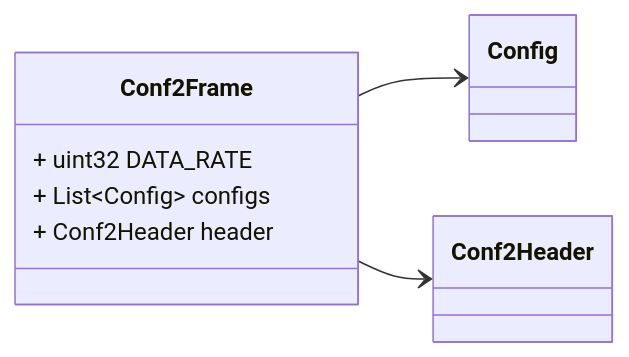
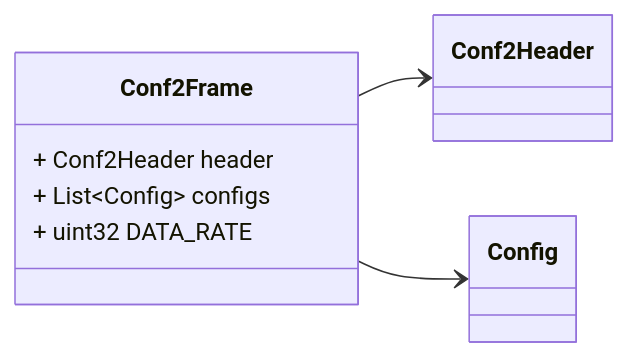
Before and after one commit to zaphiro-technologies/protobuf: the first of 3 diagrams in docs/conf2.proto.md, drawn with Mermaid. The commit also changed other lines of this file and 12 other files, not shown here.

First line of the commit message:
Replace custom proto-gen-md-diagrams with official one (#50)

````diff
--- a/docs/conf2.proto.md
+++ b/docs/conf2.proto.md
@@ -28,21 +28,21 @@
 ```mermaid
 classDiagram
 direction LR
 
 %% Configuration frame 2 
 %% Headers used in rabbitMQ:
 %% * `id`: id of the `Conf2Frame`
 %% * `type`: always `Conf2Frame`
 %% * `producerId`: the id of the producer (e.g. a PMU) linked to the configuration frame.
 %% * `timestampId`: related measurement timestamp (if any)
 %% 
 
 class Conf2Frame {
+  + Conf2Header header
+  + List~Config~ configs
   + uint32 DATA_RATE
-  + List~Config~ configs
-  + Conf2Header header
 }
+Conf2Frame --> `Conf2Header`
 Conf2Frame --> `Config`
-Conf2Frame --> `Conf2Header`
 
 ```
````
